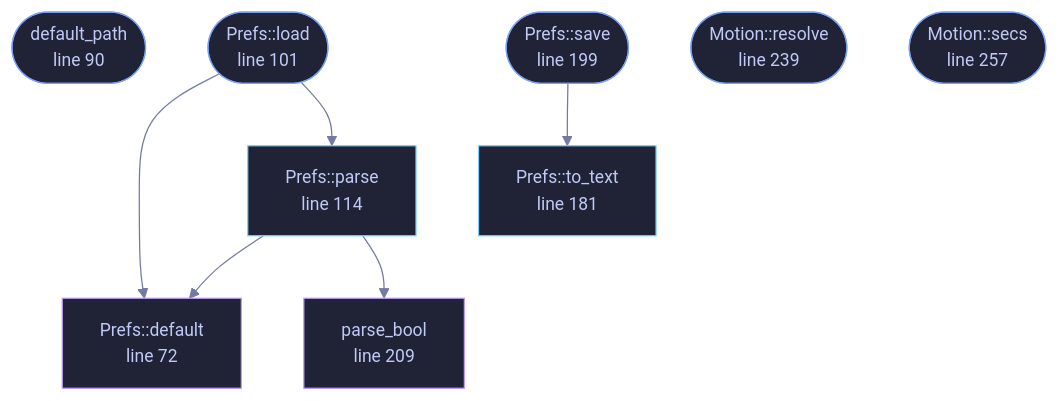
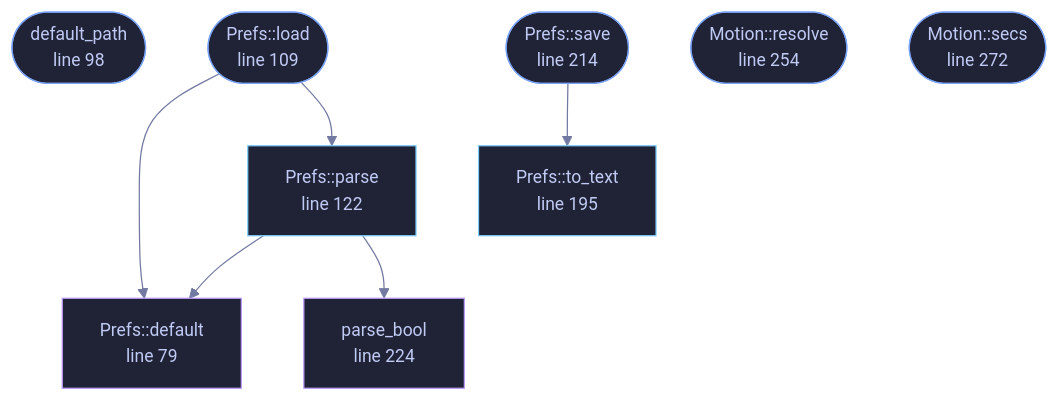
One commit to tilas01/veilvoice changed the diagram in wiki/File-veilvoice-gui-prefs.md. Above: the diagram before and after it, drawn with Mermaid. The commit also changed other lines of this file and 61 other files, not shown here.

````diff
--- a/wiki/File-veilvoice-gui-prefs.md
+++ b/wiki/File-veilvoice-gui-prefs.md
@@ -81,33 +81,33 @@
 ```mermaid
 %%{init: {"theme":"base","themeVariables":{"background":"#1a1b26","primaryColor":"#1f2335","primaryTextColor":"#c0caf5","primaryBorderColor":"#7aa2f7","secondaryColor":"#16161e","tertiaryColor":"#16161e","lineColor":"#737aa2","textColor":"#c0caf5","mainBkg":"#1f2335","nodeBorder":"#7aa2f7","clusterBkg":"#16161e","clusterBorder":"#2f3549","fontFamily":"ui-monospace, SFMono-Regular, Consolas, monospace","fontSize":"14px"}}}%%
 flowchart TD
-    n_default["Prefs::default<br/>line 72"]
-    n_default_path(["default_path<br/>line 90"])
-    n_load(["Prefs::load<br/>line 101"])
-    n_parse["Prefs::parse<br/>line 114"]
-    n_to_text["Prefs::to_text<br/>line 181"]
-    n_save(["Prefs::save<br/>line 199"])
-    n_parse_bool["parse_bool<br/>line 209"]
-    n_resolve(["Motion::resolve<br/>line 239"])
-    n_secs(["Motion::secs<br/>line 257"])
+    n_default["Prefs::default<br/>line 79"]
+    n_default_path(["default_path<br/>line 98"])
+    n_load(["Prefs::load<br/>line 109"])
+    n_parse["Prefs::parse<br/>line 122"]
+    n_to_text["Prefs::to_text<br/>line 195"]
+    n_save(["Prefs::save<br/>line 214"])
+    n_parse_bool["parse_bool<br/>line 224"]
+    n_resolve(["Motion::resolve<br/>line 254"])
+    n_secs(["Motion::secs<br/>line 272"])
     n_load --> n_default
     n_load --> n_parse
     n_parse --> n_default
     n_parse --> n_parse_bool
     n_save --> n_to_text
-    click n_default href "https://github.com/tilas01/veilvoice/blob/main/crates/veilvoice-gui/src/prefs.rs#L72" "open the source"
-    click n_default_path href "https://github.com/tilas01/veilvoice/blob/main/crates/veilvoice-gui/src/prefs.rs#L90" "open the source"
-    click n_load href "https://github.com/tilas01/veilvoice/blob/main/crates/veilvoice-gui/src/prefs.rs#L101" "open the source"
-    click n_parse href "https://github.com/tilas01/veilvoice/blob/main/crates/veilvoice-gui/src/prefs.rs#L114" "open the source"
-    click n_to_text href "https://github.com/tilas01/veilvoice/blob/main/crates/veilvoice-gui/src/prefs.rs#L181" "open the source"
-    click n_save href "https://github.com/tilas01/veilvoice/blob/main/crates/veilvoice-gui/src/prefs.rs#L199" "open the source"
-    click n_parse_bool href "https://github.com/tilas01/veilvoice/blob/main/crates/veilvoice-gui/src/prefs.rs#L209" "open the source"
-    click n_resolve href "https://github.com/tilas01/veilvoice/blob/main/crates/veilvoice-gui/src/prefs.rs#L239" "open the source"
-    click n_secs href "https://github.com/tilas01/veilvoice/blob/main/crates/veilvoice-gui/src/prefs.rs#L257" "open the source"
+    click n_default href "https://github.com/tilas01/veilvoice/blob/main/crates/veilvoice-gui/src/prefs.rs#L79" "open the source"
+    click n_default_path href "https://github.com/tilas01/veilvoice/blob/main/crates/veilvoice-gui/src/prefs.rs#L98" "open the source"
+    click n_load href "https://github.com/tilas01/veilvoice/blob/main/crates/veilvoice-gui/src/prefs.rs#L109" "open the source"
+    click n_parse href "https://github.com/tilas01/veilvoice/blob/main/crates/veilvoice-gui/src/prefs.rs#L122" "open the source"
+    click n_to_text href "https://github.com/tilas01/veilvoice/blob/main/crates/veilvoice-gui/src/prefs.rs#L195" "open the source"
+    click n_save href "https://github.com/tilas01/veilvoice/blob/main/crates/veilvoice-gui/src/prefs.rs#L214" "open the source"
+    click n_parse_bool href "https://github.com/tilas01/veilvoice/blob/main/crates/veilvoice-gui/src/prefs.rs#L224" "open the source"
+    click n_resolve href "https://github.com/tilas01/veilvoice/blob/main/crates/veilvoice-gui/src/prefs.rs#L254" "open the source"
+    click n_secs href "https://github.com/tilas01/veilvoice/blob/main/crates/veilvoice-gui/src/prefs.rs#L272" "open the source"
     classDef entry fill:#1f2335,stroke:#7aa2f7,color:#c0caf5
     class n_default_path,n_load,n_save,n_resolve,n_secs entry
     classDef api fill:#1f2335,stroke:#7dcfff,color:#c0caf5
     class n_parse,n_to_text api
     classDef helper fill:#1f2335,stroke:#bb9af7,color:#c0caf5
     class n_default,n_parse_bool helper
 ```
````
